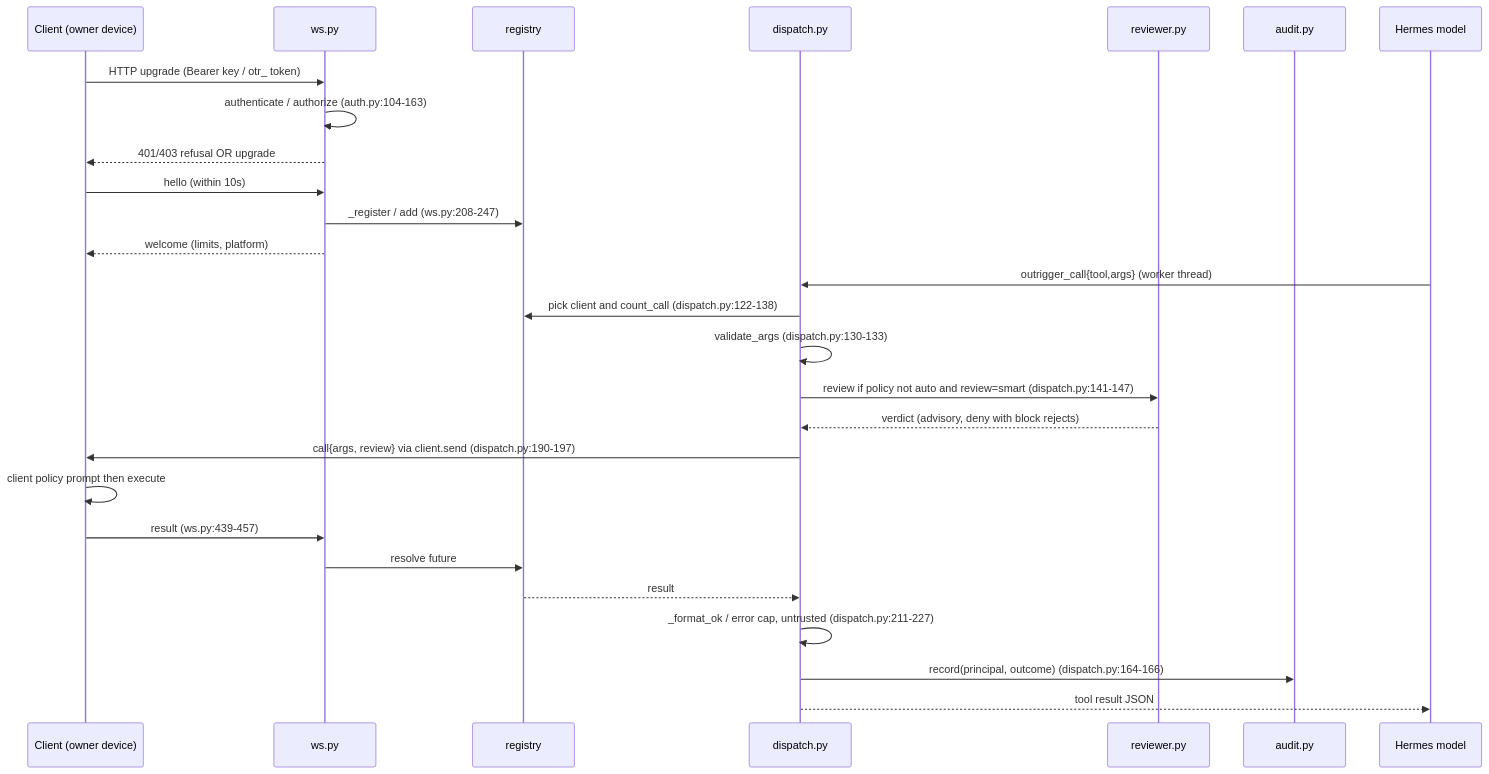
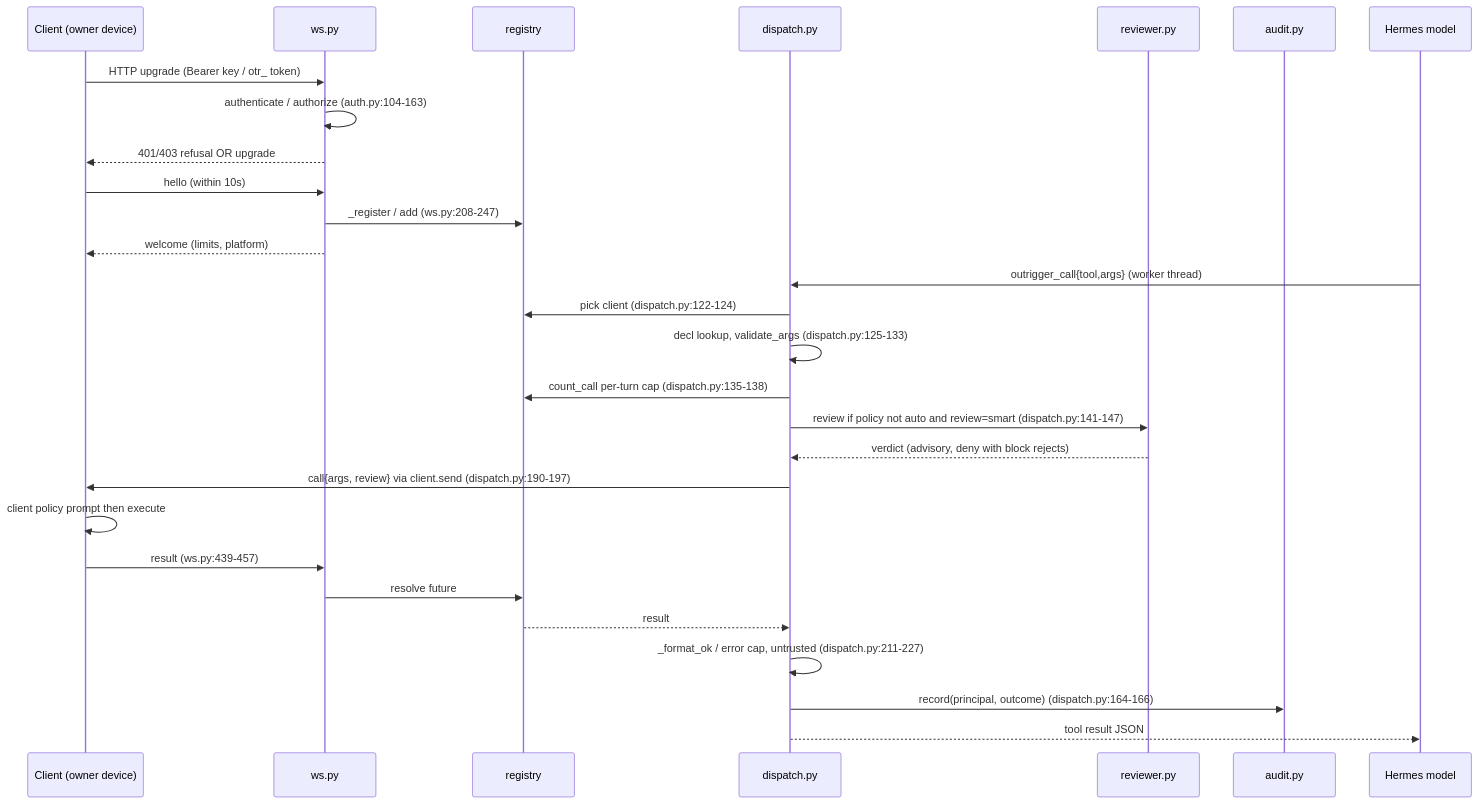
The second of 6 diagrams in AUDIT.md (codepilots/hermes-outrigger), drawn with Mermaid before and after one commit. The commit also changed other lines of this file and 8 other files, not shown here.

First line of the commit message:
docs: claims pass — honest rewordings, README refresh, diagram fix (step 4)

````diff
--- a/AUDIT.md
+++ b/AUDIT.md
@@ -114,29 +114,30 @@
 ```mermaid
 sequenceDiagram
   participant C as Client (owner device)
   participant W as ws.py
   participant R as registry
   participant D as dispatch.py
   participant V as reviewer.py
   participant A as audit.py
   participant H as Hermes model
   C->>W: HTTP upgrade (Bearer key / otr_ token)
   W->>W: authenticate / authorize (auth.py:104-163)
   W-->>C: 401/403 refusal OR upgrade
   C->>W: hello (within 10s)
   W->>R: _register / add (ws.py:208-247)
   W-->>C: welcome (limits, platform)
   H->>D: outrigger_call{tool,args} (worker thread)
-  D->>R: pick client and count_call (dispatch.py:122-138)
-  D->>D: validate_args (dispatch.py:130-133)
+  D->>R: pick client (dispatch.py:122-124)
+  D->>D: decl lookup, validate_args (dispatch.py:125-133)
+  D->>R: count_call per-turn cap (dispatch.py:135-138)
   D->>V: review if policy not auto and review=smart (dispatch.py:141-147)
   V-->>D: verdict (advisory, deny with block rejects)
   D->>C: call{args, review} via client.send (dispatch.py:190-197)
   C->>C: client policy prompt then execute
   C->>W: result (ws.py:439-457)
   W->>R: resolve future
   R-->>D: result
   D->>D: _format_ok / error cap, untrusted (dispatch.py:211-227)
   D->>A: record(principal, outcome) (dispatch.py:164-166)
   D-->>H: tool result JSON
 ```
````
